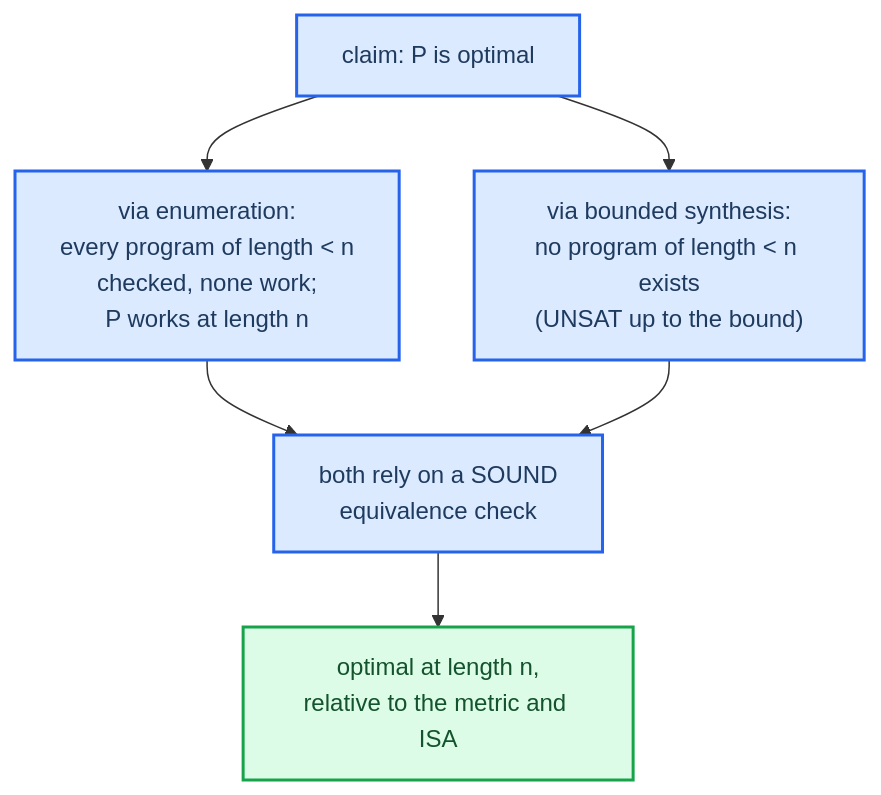
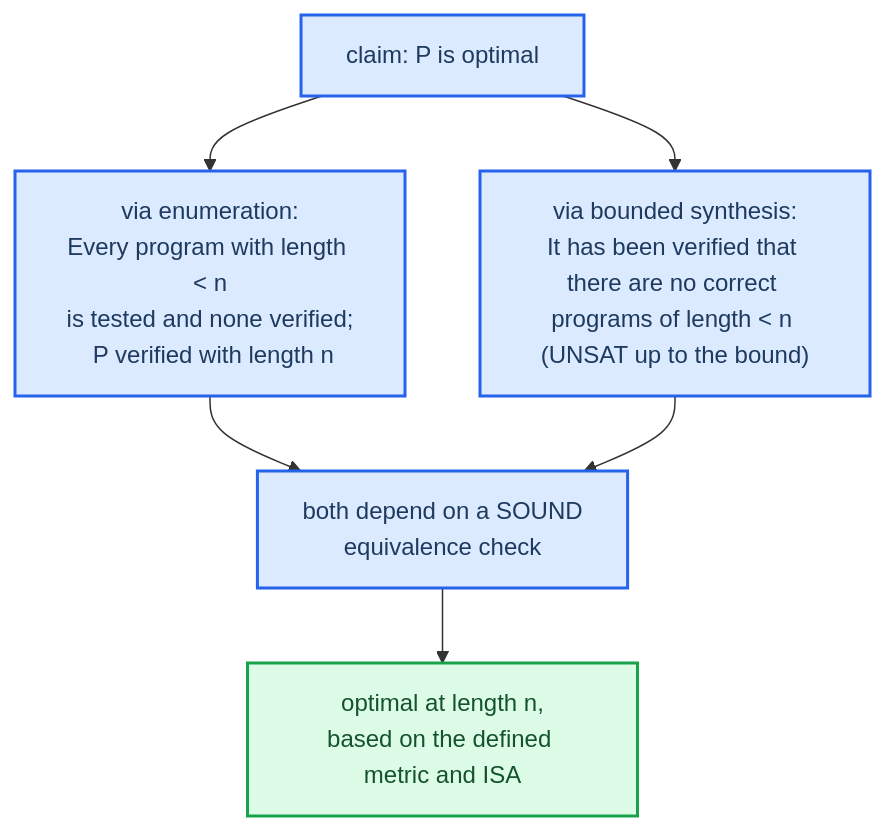
Before and after one commit to smiles0527/superopt: the diagram in docs/notes/theory/05-optimality.md, drawn with Mermaid. The commit also changed other lines of this file and 7 other files, not shown here.

````diff
--- a/docs/notes/theory/05-optimality.md
+++ b/docs/notes/theory/05-optimality.md
@@ -26,21 +19,21 @@
 ```mermaid
 flowchart TD
-    accTitle: Two routes to claiming optimality
-    accDescr: Exhaustive enumeration proves optimality by exhausting all shorter lengths. Bounded synthesis proves optimality only up to the search bound. Both rely on a sound equivalence check.
+    accTitle: Two routes to claim optimality
+    accDescr: Exhaustive enumeration demonstrates optimality through elimination, testing all shorter possible program lengths. Bounded synthesis verifies optimality up to a given search limit by determining the impossibility of any shorter equivalent program. Both are dependent on a robust equivalence checker.
     claim["claim: P is optimal"]
-    enum["via enumeration:<br/>every program of length < n<br/>checked, none work;<br/>P works at length n"]
-    synth["via bounded synthesis:<br/>no program of length < n exists<br/>(UNSAT up to the bound)"]
-    sound["both rely on a SOUND<br/>equivalence check"]
-    proven["optimal at length n,<br/>relative to the metric and ISA"]
+    enum["via enumeration:<br/>Every program with length < n<br/>is tested and none verified;<br/> P verified with length n"]
+    synth["via bounded synthesis:<br/>It has been verified that there are no correct programs of length < n (UNSAT up to the bound)"]
+    sound["both depend on a SOUND<br/>equivalence check"]
+    proven["optimal at length n,<br/>based on the defined metric and ISA"]
 
     claim --> enum
     claim --> synth
     enum --> sound
     synth --> sound
     sound --> proven
 
     classDef step fill:#dbeafe,stroke:#2563eb,stroke-width:2px,color:#1e3a5f
     classDef good fill:#dcfce7,stroke:#16a34a,stroke-width:2px,color:#14532d
     class claim,enum,synth,sound step
     class proven good
 ```
````
